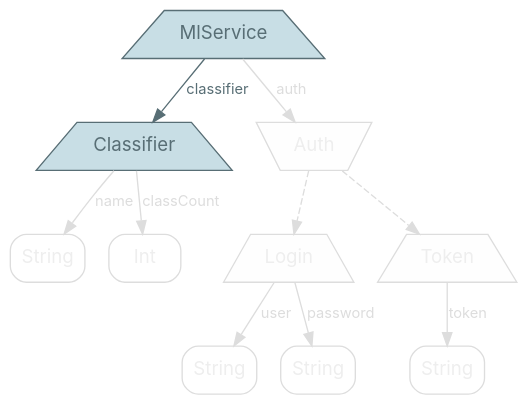
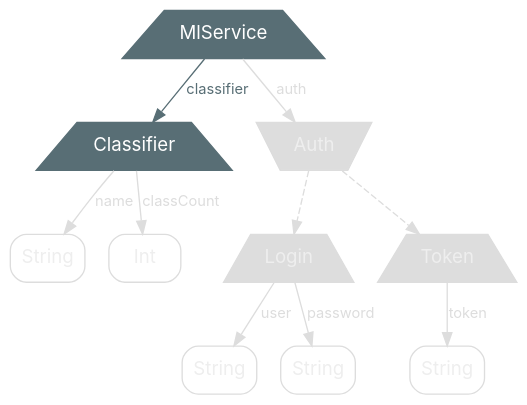
Before and after one commit to nrinaudo/optics-from-the-ground-up: the diagram in src/graphviz/service-classifier.dot, drawn with Graphviz. The commit also changed 21 other files, not shown here.

Commit message:
Fix colours in graphs

```diff
--- a/src/graphviz/service-classifier.dot
+++ b/src/graphviz/service-classifier.dot
@@ -1,42 +1,42 @@
 digraph {
     bgcolor=transparent
 
     // Default theme
     node[shape="rectangle" style="rounded,filled" color="#586E75" fillcolor="#ffffff" fontcolor="#586E75" fontname="Inter,Arial"]
     edge[color="#586E75" fontcolor="#586E75" fontname="Inter,Arial" fontsize=11]
 
     // product types
-    mlService, classifier, login, token [shape=trapezium style=filled fillcolor="#C8DEE5"]
+    mlService, classifier, login, token [shape=trapezium style=filled fontcolor="#FFFFFF" fillcolor="#586E75"]
 
     // sum types
-    auth[shape=invtrapezium, style=filled fillcolor="#C8DEE5"]
+    auth[shape=invtrapezium, style=filled fontcolor="#FFFFFF" fillcolor="#586E75"]
 
     mlService[label=MlService]
 
     classifier[label=Classifier]
     classifier_name[label=String shape=box color="#dddddd" fontcolor="#eeeeee"]
     classifier_classCount[label=Int shape=box color="#dddddd" fontcolor="#eeeeee"]
 
-    auth[label=Auth color="#dddddd" fontcolor="#eeeeee" fillcolor="#fefefe"]
+    auth[label=Auth fillcolor="#dddddd" color="#dddddd" fontcolor="#eeeeee"]
 
-    login[label=Login color="#dddddd" fontcolor="#eeeeee" fillcolor="#fefefe"]
+    login[label=Login fillcolor="#dddddd" color="#dddddd" fontcolor="#eeeeee"]
     login_user[label=String shape=box color="#dddddd" fontcolor="#eeeeee"]
     login_password[label=String shape=box color="#dddddd" fontcolor="#eeeeee"]
 
-    token[label=Token color="#dddddd" fontcolor="#eeeeee" fillcolor="#fefefe"]
+    token[label=Token fillcolor="#dddddd" color="#dddddd" fontcolor="#eeeeee"]
     token_token[label=String shape=box color="#dddddd" fontcolor="#eeeeee"]
 
     mlService -> classifier[label=classifier]
     mlService -> auth[label=auth color="#dddddd" fontcolor="#dddddd"]
 
     classifier -> classifier_name[label=name color="#dddddd" fontcolor="#dddddd"]
     classifier -> classifier_classCount[label=classCount color="#dddddd" fontcolor="#dddddd"]
 
     token -> token_token[label=token color="#dddddd" fontcolor="#dddddd"]
 
     login -> login_user[label=user color="#dddddd" fontcolor="#dddddd"]
     login -> login_password[label=password color="#dddddd" fontcolor="#dddddd"]
 
     auth -> token[style=dashed color="#dddddd" fontcolor="#dddddd"]
     auth -> login[style=dashed color="#dddddd" fontcolor="#dddddd"]
 }
```
